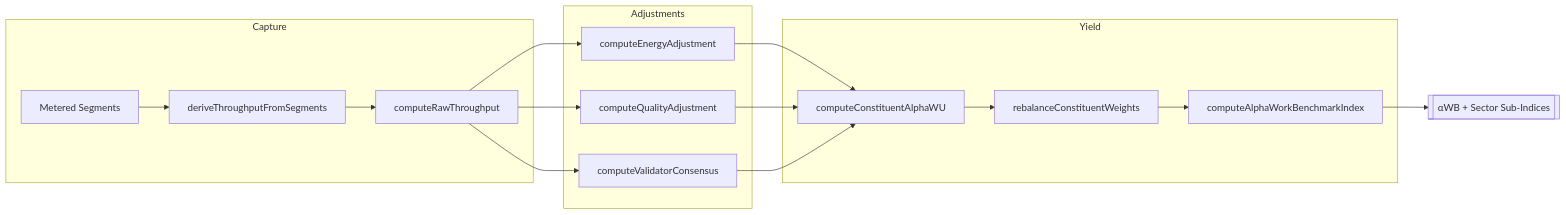
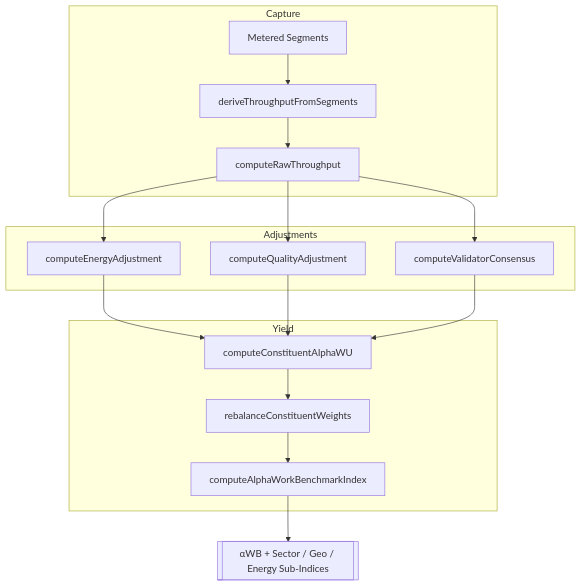
The diagram in docs/alpha-wb.md (MontrealAI/AGI-Alpha-Node-v0), drawn with Mermaid before and after one commit. The commit also changed other lines of this file and 1 other file, not shown here.

````diff
--- a/docs/alpha-wb.md
+++ b/docs/alpha-wb.md
@@ -30,18 +26,18 @@
 ```mermaid
-flowchart LR
+flowchart TD
   subgraph Capture
     A[Metered Segments] --> B[deriveThroughputFromSegments]
     B --> C[computeRawThroughput]
   end
   subgraph Adjustments
     C --> EA[computeEnergyAdjustment]
     C --> QA[computeQualityAdjustment]
     C --> VC[computeValidatorConsensus]
   end
   subgraph Yield
     EA & QA & VC --> D[computeConstituentAlphaWU]
     D --> W[rebalanceConstituentWeights]
     W --> IDX[computeAlphaWorkBenchmarkIndex]
   end
-  IDX --> Dashboard[[αWB + Sector Sub‑Indices]]
+  IDX --> Dashboard[[αWB + Sector / Geo / Energy Sub‑Indices]]
 ```
````
